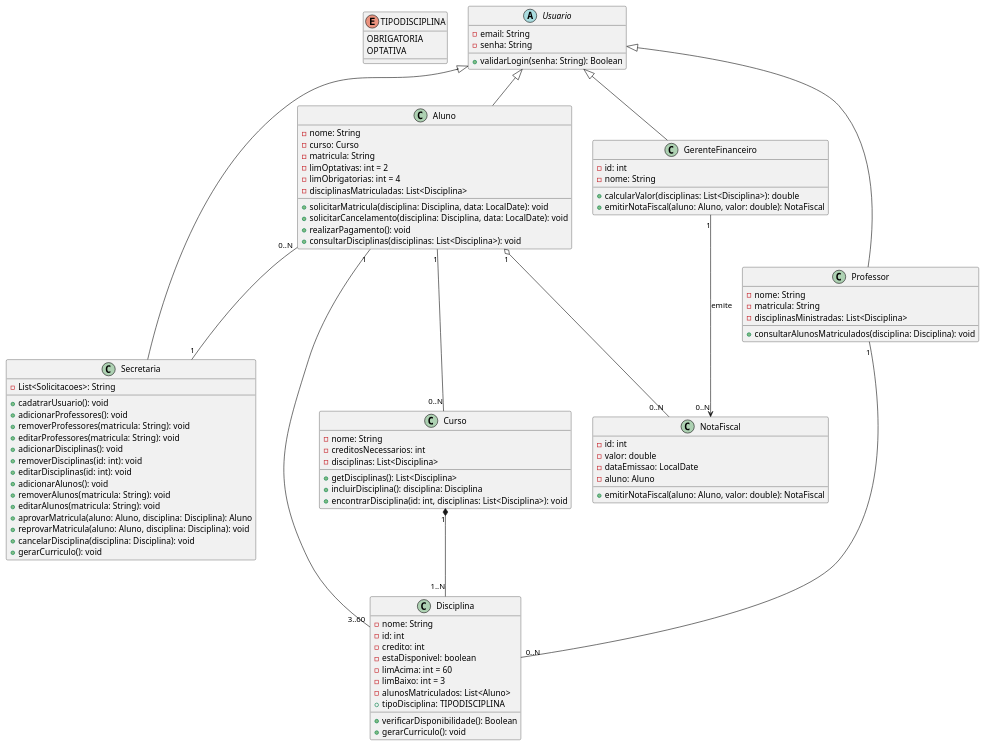
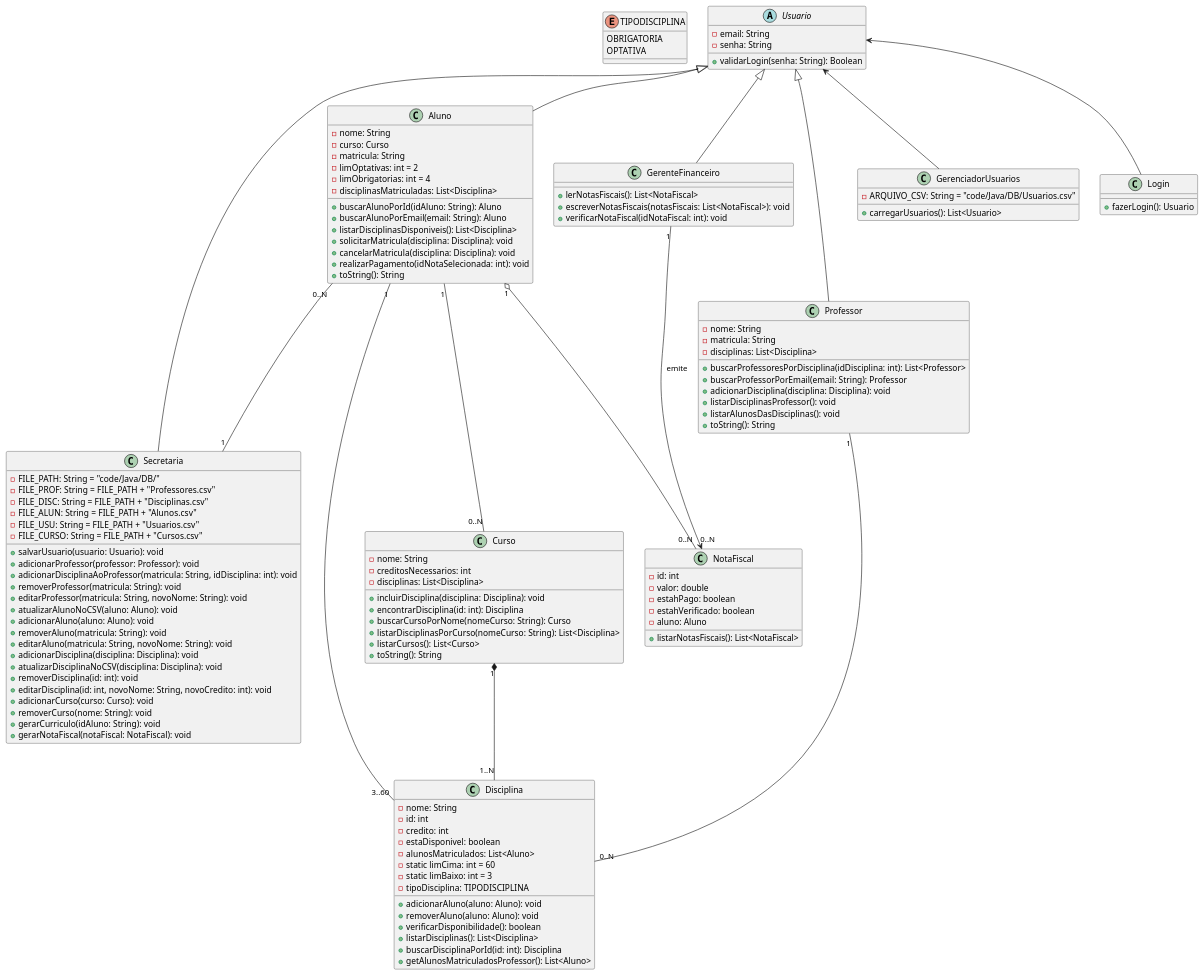
One commit to devglucas/lab_dev_01 changed the diagram in code/diagramaClasses.md. Above: the diagram before and after it, drawn with PlantUML. The commit also changed 3 other files, not shown here.

```diff
--- a/code/diagramaClasses.md
+++ b/code/diagramaClasses.md
@@ -1,58 +1,75 @@
 @startuml
-enum TIPODISCIPLINA {
-    OBRIGATORIA
-    OPTATIVA
+enum TIPODISCIPLINA { 
+    OBRIGATORIA 
+    OPTATIVA 
 }
 
-abstract Usuario {
-    - email: String
-    - senha: String
-    + validarLogin(senha: String): Boolean
+abstract Usuario { 
+    - email: String 
+    - senha: String 
+    + validarLogin(senha: String): Boolean 
 }
 
 class Aluno {
     - nome: String
     - curso: Curso
     - matricula: String
-    -limOptativas: int = 2
-    -limObrigatorias: int = 4
+    - limOptativas: int = 2
+    - limObrigatorias: int = 4
     - disciplinasMatriculadas: List<Disciplina>
-    + solicitarMatricula(disciplina: Disciplina, data: LocalDate): void
-    + solicitarCancelamento(disciplina: Disciplina, data: LocalDate): void
-    + realizarPagamento(): void
-    + consultarDisciplinas(disciplinas: List<Disciplina>): void
+
+    + buscarAlunoPorId(idAluno: String): Aluno
+    + buscarAlunoPorEmail(email: String): Aluno
+    + listarDisciplinasDisponiveis(): List<Disciplina>
+    + solicitarMatricula(disciplina: Disciplina): void
+    + cancelarMatricula(disciplina: Disciplina): void
+    + realizarPagamento(idNotaSelecionada: int): void
+    + toString(): String
 }
 
 class Professor {
     - nome: String
     - matricula: String
-    - disciplinasMinistradas: List<Disciplina>
-    + consultarAlunosMatriculados(disciplina: Disciplina): void
+    - disciplinas: List<Disciplina>
+
+    + buscarProfessoresPorDisciplina(idDisciplina: int): List<Professor>
+    + buscarProfessorPorEmail(email: String): Professor
+    + adicionarDisciplina(disciplina: Disciplina): void
+    + listarDisciplinasProfessor(): void
+    + listarAlunosDasDisciplinas(): void
+    + toString(): String
 }
 
 class Secretaria {
-    -List<Solicitacoes>: String
-    +cadatrarUsuario(): void
-    + adicionarProfessores(): void
-    + removerProfessores(matricula: String): void
-    + editarProfessores(matricula: String): void
-    + adicionarDisciplinas(): void
-    + removerDisciplinas(id: int): void
-    + editarDisciplinas(id: int): void
-    + adicionarAlunos(): void
-    + removerAlunos(matricula: String): void
-    + editarAlunos(matricula: String): void
-    + aprovarMatricula(aluno: Aluno, disciplina: Disciplina): Aluno
-    + reprovarMatricula(aluno: Aluno, disciplina: Disciplina): void
-    + cancelarDisciplina(disciplina: Disciplina): void
-    + gerarCurriculo(): void
+    - FILE_PATH: String = "code/Java/DB/"
+    - FILE_PROF: String = FILE_PATH + "Professores.csv"
+    - FILE_DISC: String = FILE_PATH + "Disciplinas.csv"
+    - FILE_ALUN: String = FILE_PATH + "Alunos.csv"
+    - FILE_USU: String = FILE_PATH + "Usuarios.csv"
+    - FILE_CURSO: String = FILE_PATH + "Cursos.csv"
+
+    + salvarUsuario(usuario: Usuario): void
+    + adicionarProfessor(professor: Professor): void
+    + adicionarDisciplinaAoProfessor(matricula: String, idDisciplina: int): void
+    + removerProfessor(matricula: String): void
+    + editarProfessor(matricula: String, novoNome: String): void
+    + atualizarAlunoNoCSV(aluno: Aluno): void
+    + adicionarAluno(aluno: Aluno): void
+    + removerAluno(matricula: String): void
+    + editarAluno(matricula: String, novoNome: String): void
+    + adicionarDisciplina(disciplina: Disciplina): void
+    + atualizarDisciplinaNoCSV(disciplina: Disciplina): void
+    + removerDisciplina(id: int): void
+    + editarDisciplina(id: int, novoNome: String, novoCredito: int): void
+    + adicionarCurso(curso: Curso): void
+    + removerCurso(nome: String): void
+    + gerarCurriculo(idAluno: String): void
+    + gerarNotaFiscal(notaFiscal: NotaFiscal): void
 }
-
 class GerenteFinanceiro {
-    -id: int
-    -nome: String
-    + calcularValor(disciplinas: List<Disciplina>): double
-    + emitirNotaFiscal(aluno: Aluno, valor: double): NotaFiscal
+    + lerNotasFiscais(): List<NotaFiscal>
+    + escreverNotasFiscais(notasFiscais: List<NotaFiscal>): void
+    + verificarNotaFiscal(idNotaFiscal: int): void
 }
 
 class Disciplina {
@@ -60,42 +77,65 @@
     - id: int
     - credito: int
     - estaDisponivel: boolean
-    - limAcima: int = 60
-    - limBaixo: int = 3
     - alunosMatriculados: List<Aluno>
-    + tipoDisciplina: TIPODISCIPLINA
-    + verificarDisponibilidade(): Boolean
-    + gerarCurriculo(): void
+    - static limCima: int = 60
+    - static limBaixo: int = 3
+    - tipoDisciplina: TIPODISCIPLINA
+
+    + adicionarAluno(aluno: Aluno): void
+    + removerAluno(aluno: Aluno): void
+    + verificarDisponibilidade(): boolean
+    + listarDisciplinas(): List<Disciplina>
+    + buscarDisciplinaPorId(id: int): Disciplina
+    + getAlunosMatriculadosProfessor(): List<Aluno>
 }
+
 
 class Curso {
     - nome: String
     - creditosNecessarios: int
     - disciplinas: List<Disciplina>
-    + getDisciplinas(): List<Disciplina>
-    + incluirDisciplina(): disciplina: Disciplina
-    + encontrarDisciplina(id: int, disciplinas: List<Disciplina>): void
+
+    + incluirDisciplina(disciplina: Disciplina): void
+    + encontrarDisciplina(id: int): Disciplina
+    + buscarCursoPorNome(nomeCurso: String): Curso
+    + listarDisciplinasPorCurso(nomeCurso: String): List<Disciplina>
+    + listarCursos(): List<Curso>
+    + toString(): String
 }
 
 class NotaFiscal {
     - id: int
     - valor: double
-    - dataEmissao: LocalDate
+    - estahPago: boolean
+    - estahVerificado: boolean
     - aluno: Aluno
-    + emitirNotaFiscal(aluno: Aluno, valor: double): NotaFiscal
+
+    + listarNotasFiscais(): List<NotaFiscal>
 }
 
-Usuario <|-- Aluno
-Usuario <|-- Professor
-Usuario <|-- Secretaria
+class GerenciadorUsuarios {
+   - ARQUIVO_CSV: String = "code/Java/DB/Usuarios.csv"
+    +carregarUsuarios(): List<Usuario>
+}
+
+class Login {
+    + fazerLogin(): Usuario
+}
+Usuario <-- GerenciadorUsuarios
+Usuario <-- Login
+
+Usuario <|-- Aluno 
+Usuario <|-- Professor 
+Usuario <|-- Secretaria 
 Usuario <|-- GerenteFinanceiro
 
-Aluno "0..N" -- "1" Secretaria
-Aluno "1" -- "0..N" Curso
-Aluno "1" -- "3..60" Disciplina
-Professor "1" -- "0..N" Disciplina
+Aluno "0..N" -- "1" Secretaria 
+Aluno "1" -- "0..N" Curso 
+Aluno "1" -- "3..60" Disciplina 
+Professor "1" -- "0..N" Disciplina 
 Curso "1" *-- "1..N" Disciplina
 
-GerenteFinanceiro "1" --> "0..N" NotaFiscal : emite
+GerenteFinanceiro "1" --> "0..N" NotaFiscal : emite 
 Aluno "1" o-- "0..N" NotaFiscal
 @enduml
```
